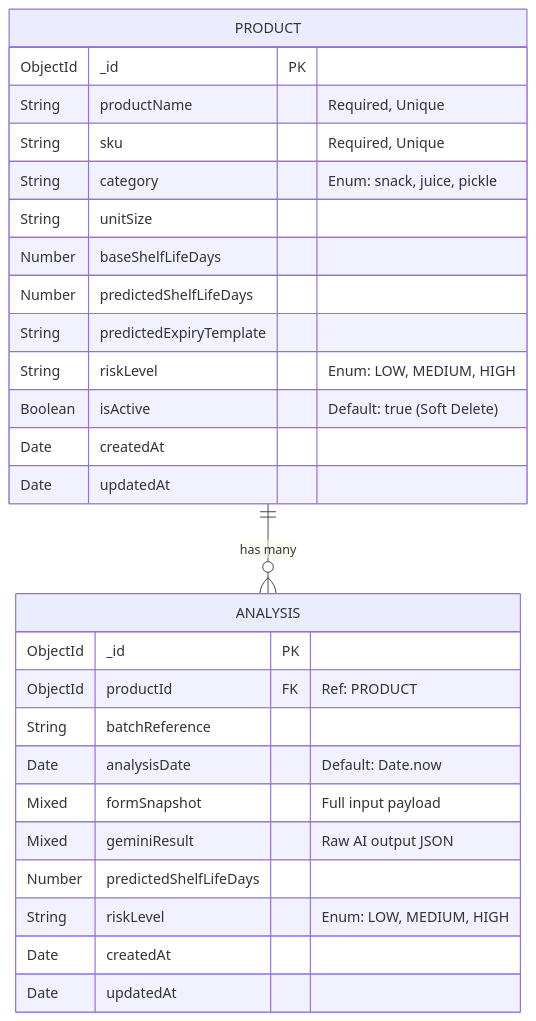
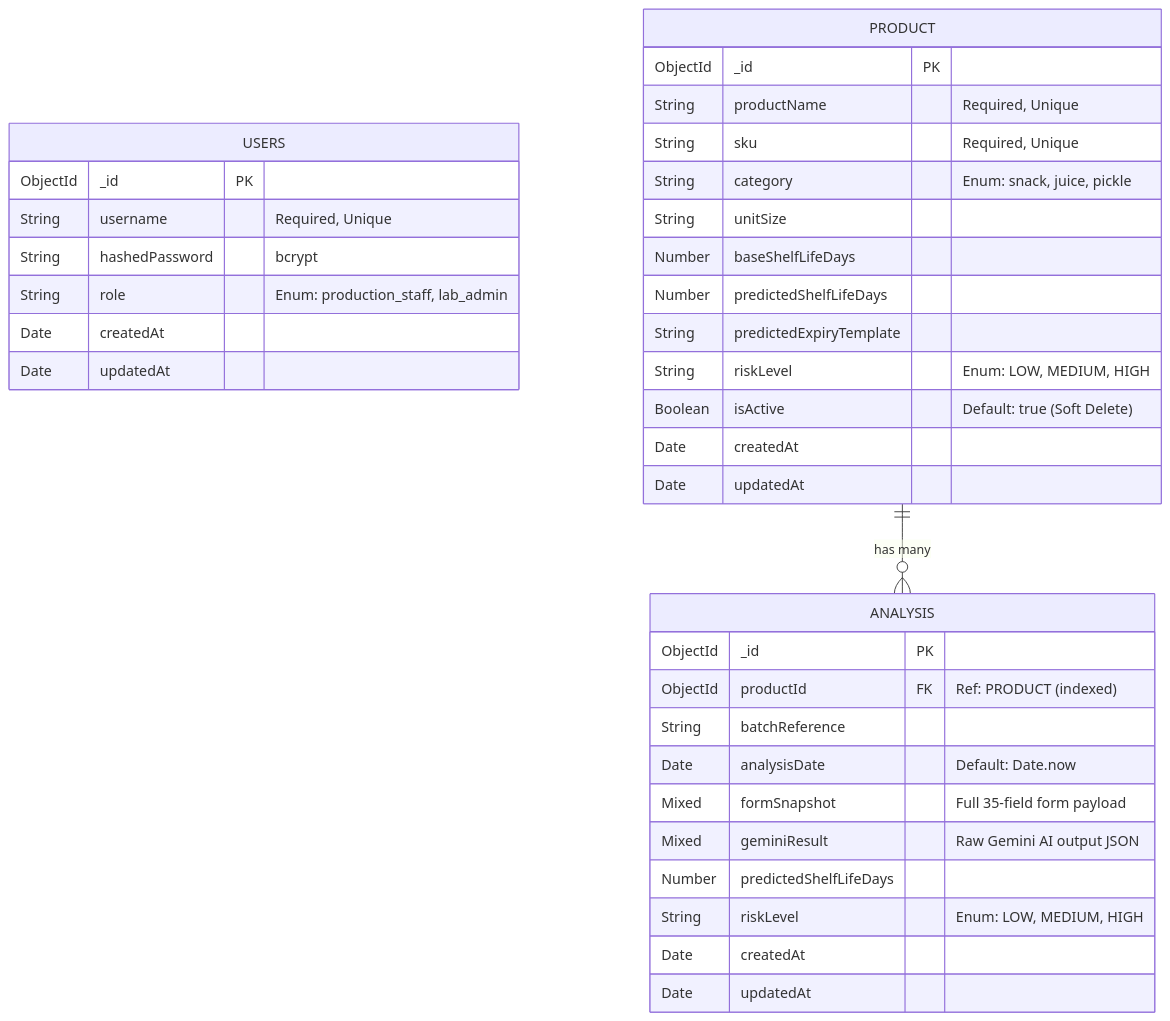
The diagram in README.md (BhavyaGogia/AI-Based-Food-Shelf-Life-Prediction-System), drawn with Mermaid before and after one commit. The commit also changed other lines of this file and 9 other files, not shown here.

First line of the commit message:
Week 5: MongoDB Atlas integration + schema diagram + README update

````diff
--- a/README.md
+++ b/README.md
@@ -13,32 +37,41 @@
 ```mermaid
 erDiagram
+    USERS {
+        ObjectId _id PK
+        String username "Required, Unique"
+        String hashedPassword "bcrypt"
+        String role "Enum: production_staff, lab_admin"
+        Date createdAt
+        Date updatedAt
+    }
+
     PRODUCT {
         ObjectId _id PK
         String productName "Required, Unique"
         String sku "Required, Unique"
         String category "Enum: snack, juice, pickle"
         String unitSize
         Number baseShelfLifeDays
         Number predictedShelfLifeDays
         String predictedExpiryTemplate
         String riskLevel "Enum: LOW, MEDIUM, HIGH"
         Boolean isActive "Default: true (Soft Delete)"
         Date createdAt
         Date updatedAt
     }
 
     ANALYSIS {
         ObjectId _id PK
-        ObjectId productId FK "Ref: PRODUCT"
+        ObjectId productId FK "Ref: PRODUCT (indexed)"
         String batchReference
         Date analysisDate "Default: Date.now"
-        Mixed formSnapshot "Full input payload"
-        Mixed geminiResult "Raw AI output JSON"
+        Mixed formSnapshot "Full 35-field form payload"
+        Mixed geminiResult "Raw Gemini AI output JSON"
         Number predictedShelfLifeDays
         String riskLevel "Enum: LOW, MEDIUM, HIGH"
         Date createdAt
         Date updatedAt
     }
 
     PRODUCT ||--o{ ANALYSIS : "has many"
 ```
````
